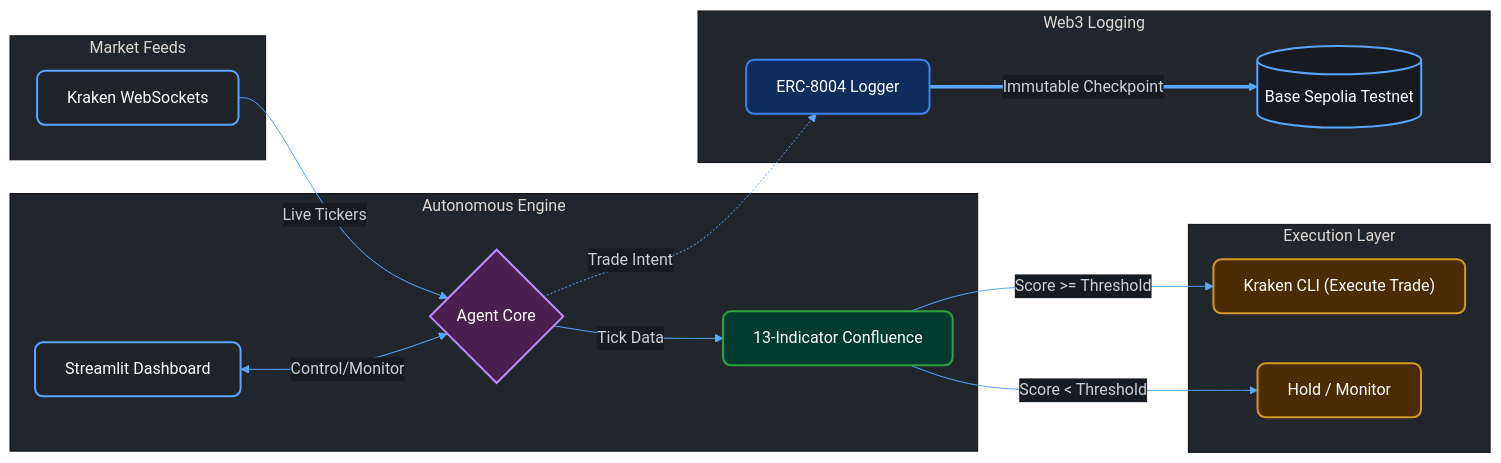
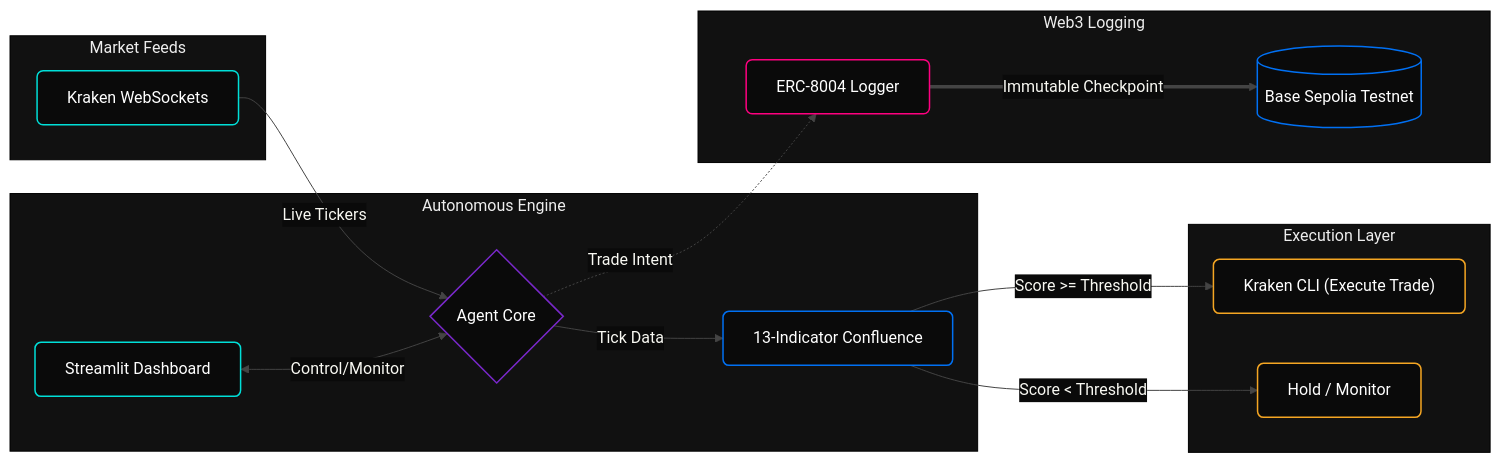
The diagram in README.md (shashankrpatil077-ctrl/Street_07), drawn with Mermaid before and after one commit.

Commit message:
style: Upgrade architecture diagrams to premium minimalist Vercel/Stripe dark aesthetic

````diff
--- a/README.md
+++ b/README.md
@@ -54,53 +54,53 @@
 ```mermaid
 %%{init: {
   'theme': 'base',
   'themeVariables': {
-    'primaryColor': '#0d1117',
-    'primaryTextColor': '#c9d1d9',
-    'primaryBorderColor': '#30363d',
-    'lineColor': '#58a6ff',
-    'secondaryColor': '#161b22',
-    'tertiaryColor': '#21262d'
+    'primaryColor': '#000000',
+    'primaryTextColor': '#F8F8F2',
+    'primaryBorderColor': '#333333',
+    'lineColor': '#444444',
+    'secondaryColor': '#0A0A0A',
+    'tertiaryColor': '#111111'
   }
 }}%%
 graph LR
-    classDef data fill:#1f2428,stroke:#58a6ff,stroke-width:2px,color:#fff,rx:8,ry:8
-    classDef brain fill:#4a1e4e,stroke:#bc8cff,stroke-width:2px,color:#fff,rx:8,ry:8
-    classDef logic fill:#003d2e,stroke:#2ea043,stroke-width:2px,color:#fff,rx:8,ry:8
-    classDef action fill:#4a2c00,stroke:#d29922,stroke-width:2px,color:#fff,rx:8,ry:8
-    classDef onchain fill:#0e2d5c,stroke:#3b82f6,stroke-width:2px,color:#fff,rx:8,ry:8
-    classDef db fill:#161b22,stroke:#58a6ff,stroke-width:2px,color:#fff
+    classDef data fill:#0A0A0A,stroke:#00DFD8,stroke-width:1.5px,color:#FFFFFF,rx:6,ry:6
+    classDef brain fill:#0A0A0A,stroke:#7928CA,stroke-width:1.5px,color:#FFFFFF,rx:6,ry:6
+    classDef logic fill:#0A0A0A,stroke:#0070F3,stroke-width:1.5px,color:#FFFFFF,rx:6,ry:6
+    classDef action fill:#0A0A0A,stroke:#F5A623,stroke-width:1.5px,color:#FFFFFF,rx:6,ry:6
+    classDef onchain fill:#0A0A0A,stroke:#FF0080,stroke-width:1.5px,color:#FFFFFF,rx:6,ry:6
+    classDef db fill:#0A0A0A,stroke:#0070F3,stroke-width:1.5px,color:#FFFFFF
 
     subgraph Inputs["Market Feeds"]
         A["Kraken WebSockets"]:::data
     end
     
     subgraph Core["Autonomous Engine"]
         B{"Agent Core"}:::brain
         C["13-Indicator Confluence"]:::logic
         H["Streamlit Dashboard"]:::data
     end
     
     subgraph Execution["Execution Layer"]
         D["Kraken CLI (Execute Trade)"]:::action
         E["Hold / Monitor"]:::action
     end
     
     subgraph Blockchain["Web3 Logging"]
         F["ERC-8004 Logger"]:::onchain
         G[("Base Sepolia Testnet")]:::db
     end
 
     %% Flow
     A -->|Live Tickers| B
     H <-->|Control/Monitor| B
     B -->|Tick Data| C
     
     %% Logic branching
     C -->|Score >= Threshold| D
     C -->|Score < Threshold| E
     
     %% Blockchain logging
     B -.->|Trade Intent| F
     F ==>|Immutable Checkpoint| G
 ```
````
